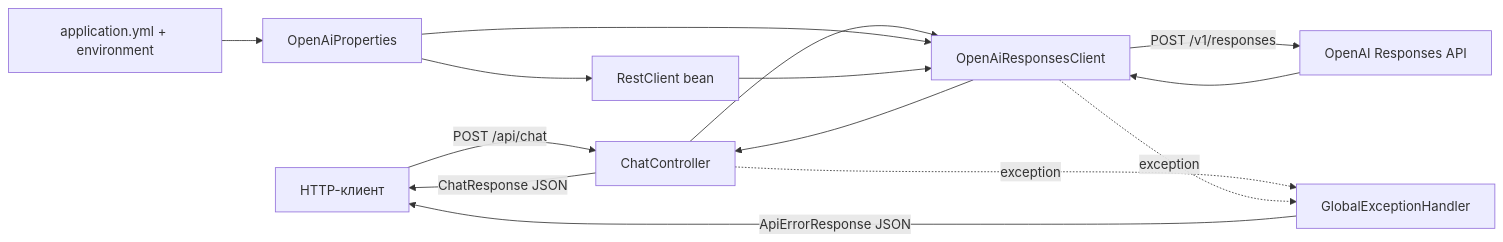
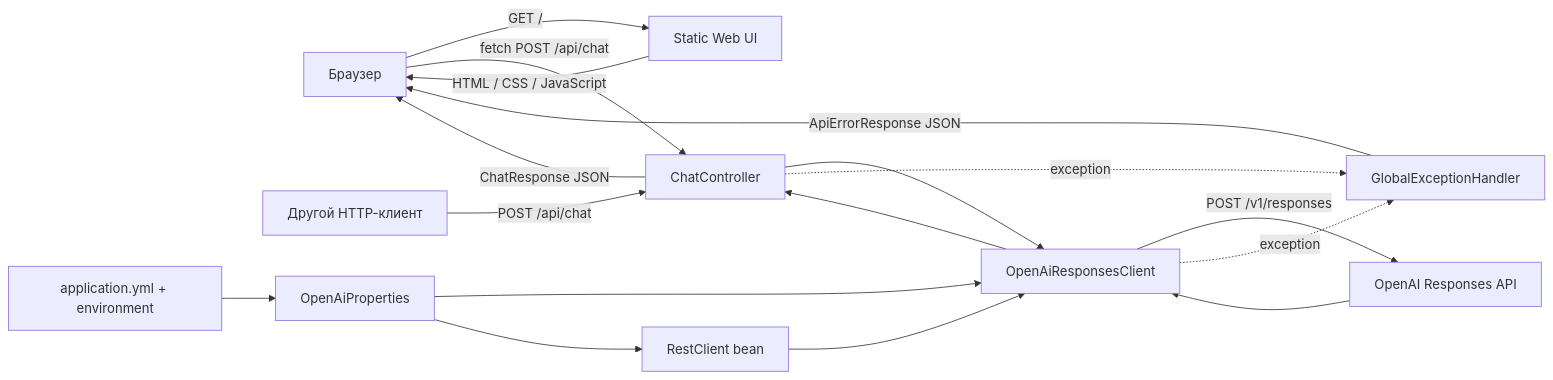
The diagram in docs/ARCHITECTURE.md (metalice80/aichallenge), drawn with Mermaid before and after one commit. The commit also changed other lines of this file and 9 other files, not shown here.

Commit message:
Add web UI and OpenAI error diagnostics

````diff
--- a/docs/ARCHITECTURE.md
+++ b/docs/ARCHITECTURE.md
@@ -9,16 +9,19 @@
 ```mermaid
 flowchart LR
-    Caller[HTTP-клиент] -->|POST /api/chat| Controller[ChatController]
+    Browser[Браузер] -->|GET /| Static[Static Web UI]
+    Static -->|HTML / CSS / JavaScript| Browser
+    Browser -->|fetch POST /api/chat| Controller[ChatController]
+    ApiCaller[Другой HTTP-клиент] -->|POST /api/chat| Controller
     Controller --> Client[OpenAiResponsesClient]
     Client -->|POST /v1/responses| OpenAI[OpenAI Responses API]
     OpenAI --> Client
     Client --> Controller
-    Controller -->|ChatResponse JSON| Caller
+    Controller -->|ChatResponse JSON| Browser
     Controller -. exception .-> Advice[GlobalExceptionHandler]
     Client -. exception .-> Advice
-    Advice -->|ApiErrorResponse JSON| Caller
+    Advice -->|ApiErrorResponse JSON| Browser
     Config[application.yml + environment] --> Properties[OpenAiProperties]
     Properties --> Client
     Properties --> RestClient[RestClient bean]
     RestClient --> Client
 ```
````
